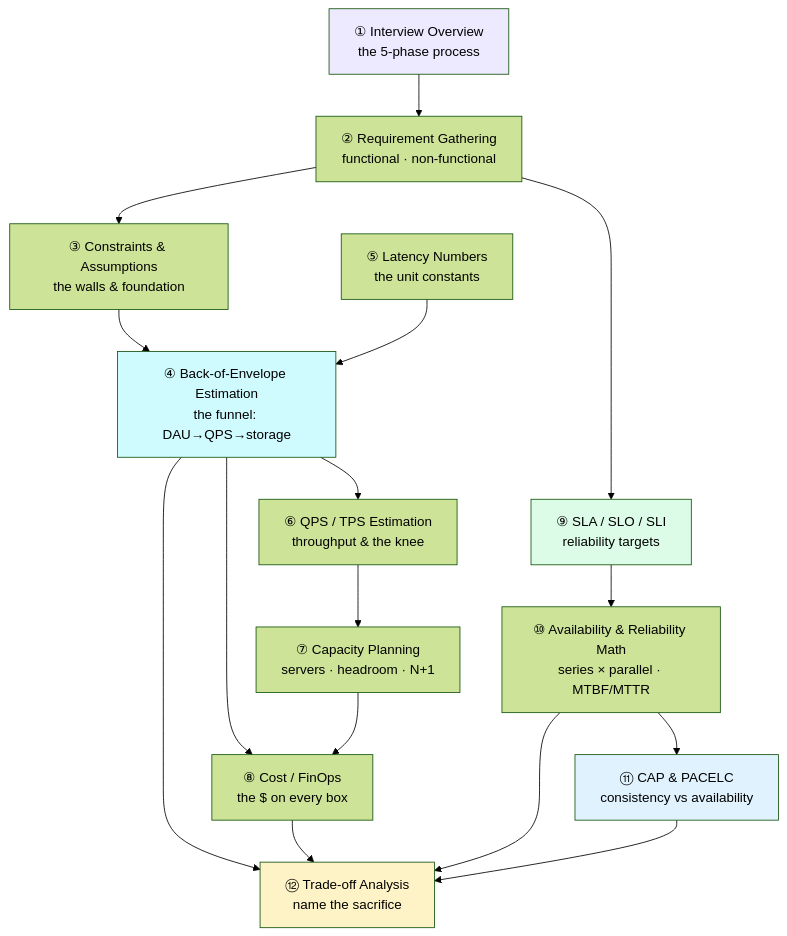
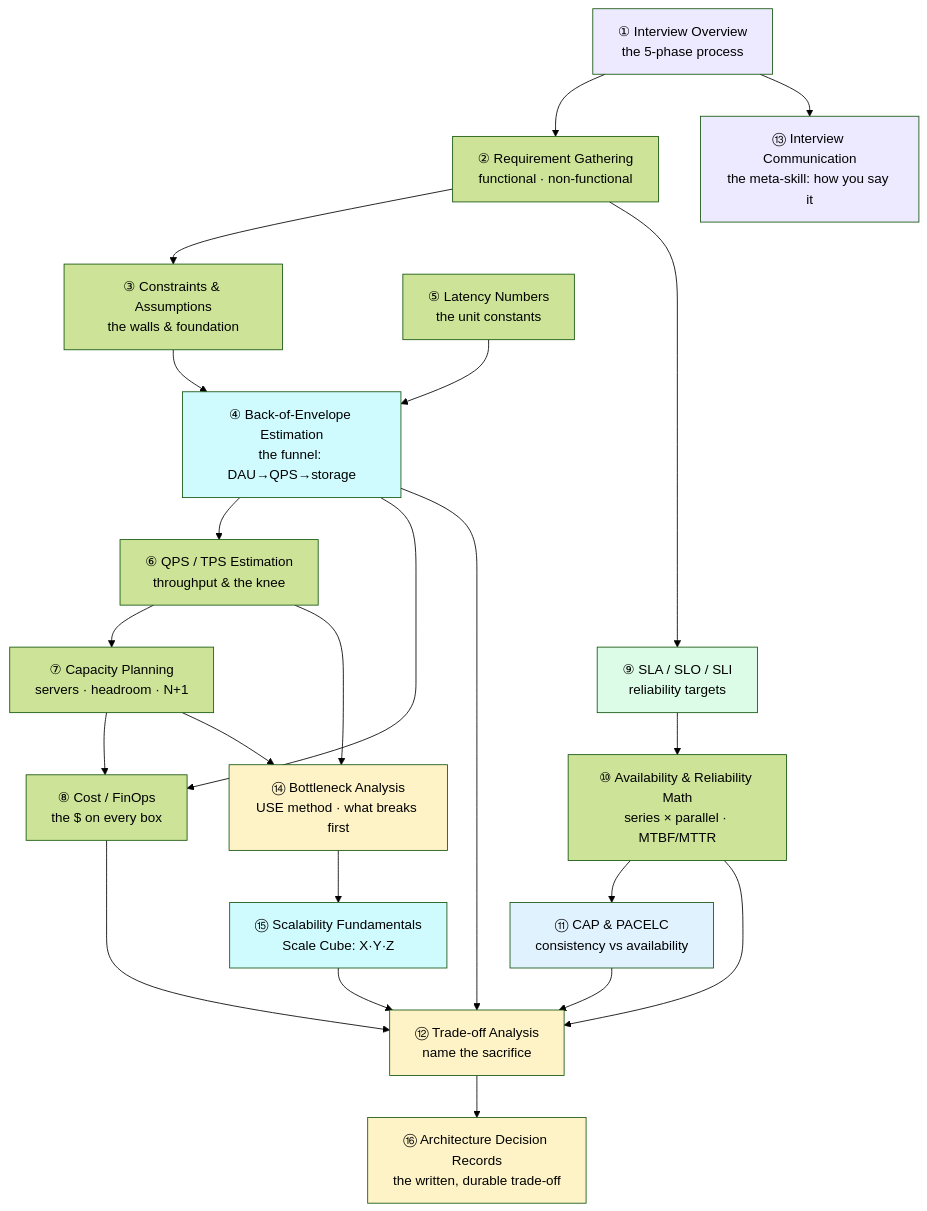
Before and after one commit to asishjagana/Interview-Prep-Dump: the first of 2 diagrams in 01_Planning_Foundations/README.md, drawn with Mermaid (forest theme). The commit also changed other lines of this file and 10 other files, not shown here.

Commit message:
Add Scalability Fundamentals & the AKF Scale Cube documentation

````diff
--- a/01_Planning_Foundations/README.md
+++ b/01_Planning_Foundations/README.md
@@ -23,27 +23,38 @@
 ```mermaid
 flowchart TD
     O["① Interview Overview<br/>the 5-phase process"] --> R["② Requirement Gathering<br/>functional · non-functional"]
+    O --> IC["⑬ Interview Communication<br/>the meta-skill: how you say it"]
     R --> C["③ Constraints &amp; Assumptions<br/>the walls &amp; foundation"]
     C --> E["④ Back-of-Envelope Estimation<br/>the funnel: DAU→QPS→storage"]
 
     L["⑤ Latency Numbers<br/>the unit constants"] --> E
     E --> Q["⑥ QPS / TPS Estimation<br/>throughput &amp; the knee"]
     Q --> CAP_["⑦ Capacity Planning<br/>servers · headroom · N+1"]
     E --> COST["⑧ Cost / FinOps<br/>the $ on every box"]
     CAP_ --> COST
 
+    Q --> BA["⑭ Bottleneck Analysis<br/>USE method · what breaks first"]
+    CAP_ --> BA
+    BA --> SC["⑮ Scalability Fundamentals<br/>Scale Cube: X·Y·Z"]
+
     R --> SLO["⑨ SLA / SLO / SLI<br/>reliability targets"]
     SLO --> AV["⑩ Availability &amp; Reliability Math<br/>series × parallel · MTBF/MTTR"]
     AV --> CAPx["⑪ CAP &amp; PACELC<br/>consistency vs availability"]
 
     E --> TO["⑫ Trade-off Analysis<br/>name the sacrifice"]
     COST --> TO
     AV --> TO
     CAPx --> TO
+    SC --> TO
+    TO --> ADR["⑯ Architecture Decision Records<br/>the written, durable trade-off"]
 
     style O fill:#ede9fe,color:#000
     style E fill:#cffafe,color:#000
     style SLO fill:#dcfce7,color:#000
     style TO fill:#fef3c7,color:#000
     style CAPx fill:#e0f2fe,color:#000
+    style IC fill:#ede9fe,color:#000
+    style BA fill:#fef3c7,color:#000
+    style SC fill:#cffafe,color:#000
+    style ADR fill:#fef3c7,color:#000
 ```
````
